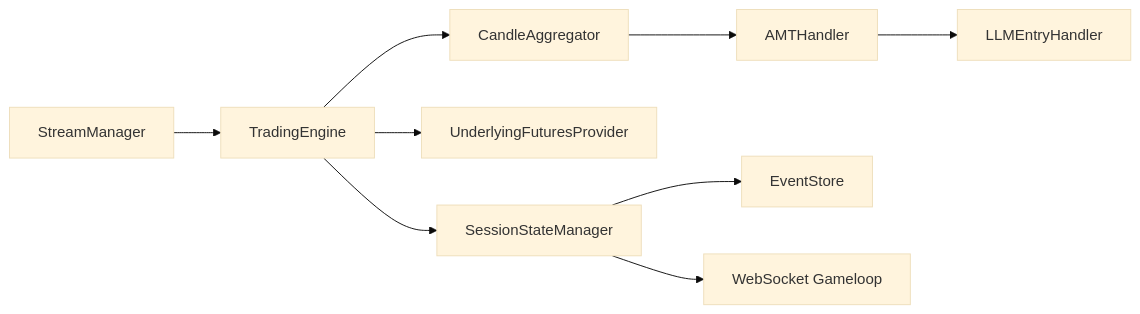
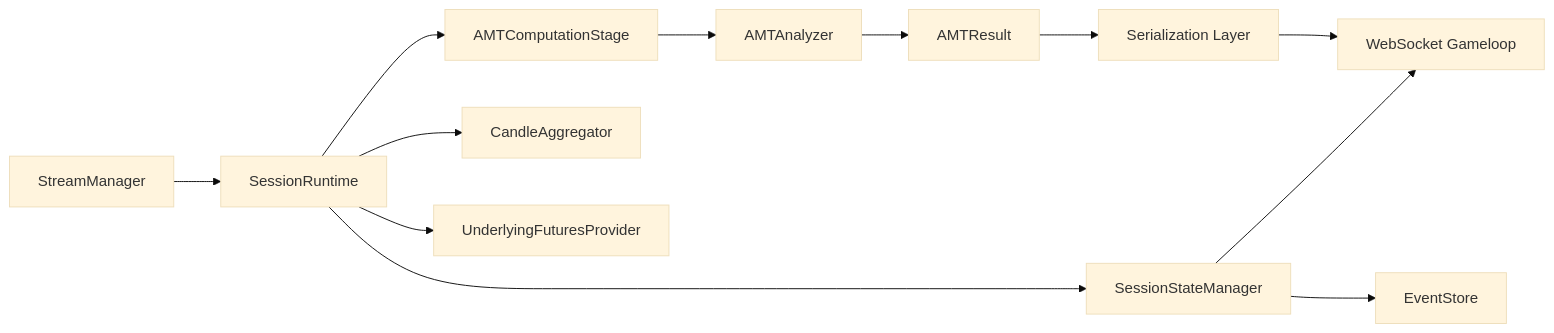
Before and after one commit to gemrajkhatry-maker/v5-of-glassytrade-ai: diagram 12 of 12 in .qoder/repowiki/en/content/Architecture Deep Dive/Data Flow and Processing/Data Flow and Processing.md, drawn with Mermaid (base theme). The commit also changed other lines of this file and 219 other files, not shown here.

First line of the commit message:
refactor: major architecture improvements across backend, backendv2, brokers, and frontend

````diff
--- a/.qoder/repowiki/en/content/Architecture Deep Dive/Data Flow and Processing/Data Flow and Processing.md
+++ b/.qoder/repowiki/en/content/Architecture Deep Dive/Data Flow and Processing/Data Flow and Processing.md
@@ -351,11 +510,14 @@
 ```mermaid
 graph LR
-SM["StreamManager"] --> ENG["TradingEngine"]
-ENG --> CA["CandleAggregator"]
-ENG --> UFP["UnderlyingFuturesProvider"]
-ENG --> SSM["SessionStateManager"]
-CA --> AMT["AMTHandler"]
-AMT --> LLM["LLMEntryHandler"]
+SM["StreamManager"] --> SRV2["SessionRuntime"]
+SRV2 --> AMT["AMTComputationStage"]
+SRV2 --> CA["CandleAggregator"]
+SRV2 --> UFP["UnderlyingFuturesProvider"]
+SRV2 --> SSM["SessionStateManager"]
+AMT --> ANALYZER["AMTAnalyzer"]
+ANALYZER --> RESULT["AMTResult"]
+RESULT --> SCHEMAS["Serialization Layer"]
+SCHEMAS --> WS["WebSocket Gameloop"]
 SSM --> EV["EventStore"]
-SSM --> WS["WebSocket Gameloop"]
+SSM --> WS
 ```
````
